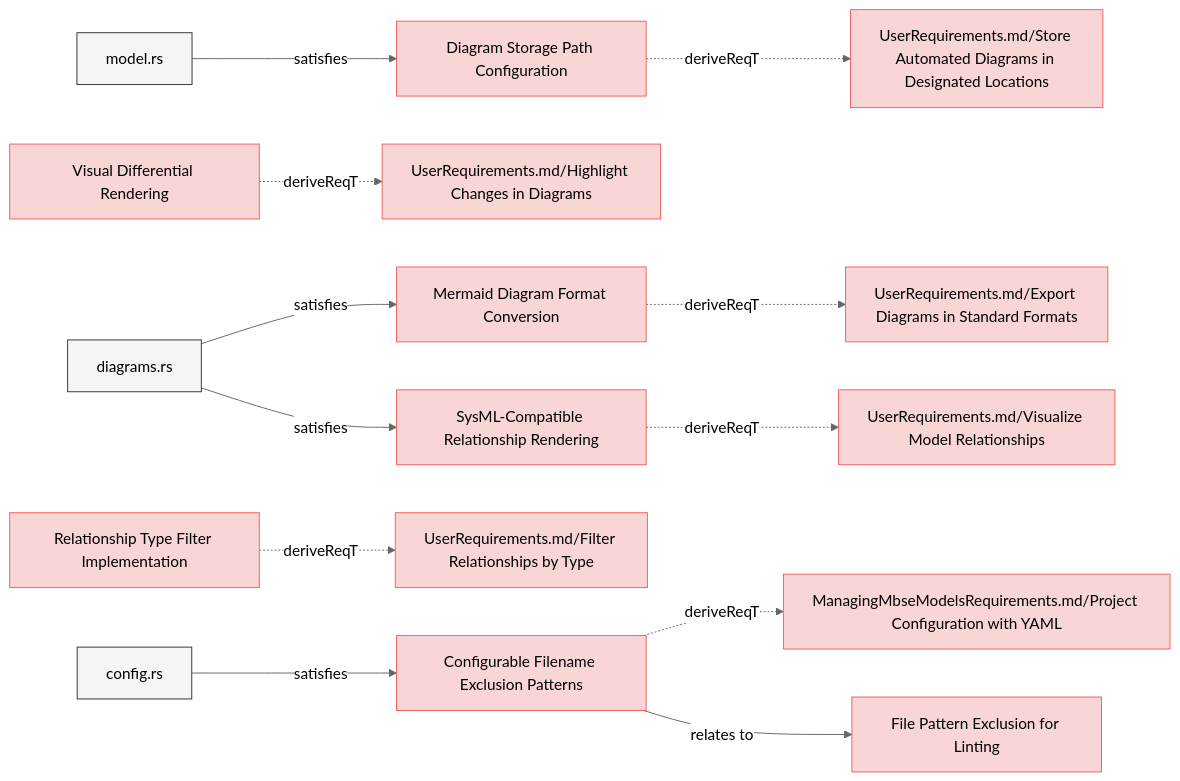
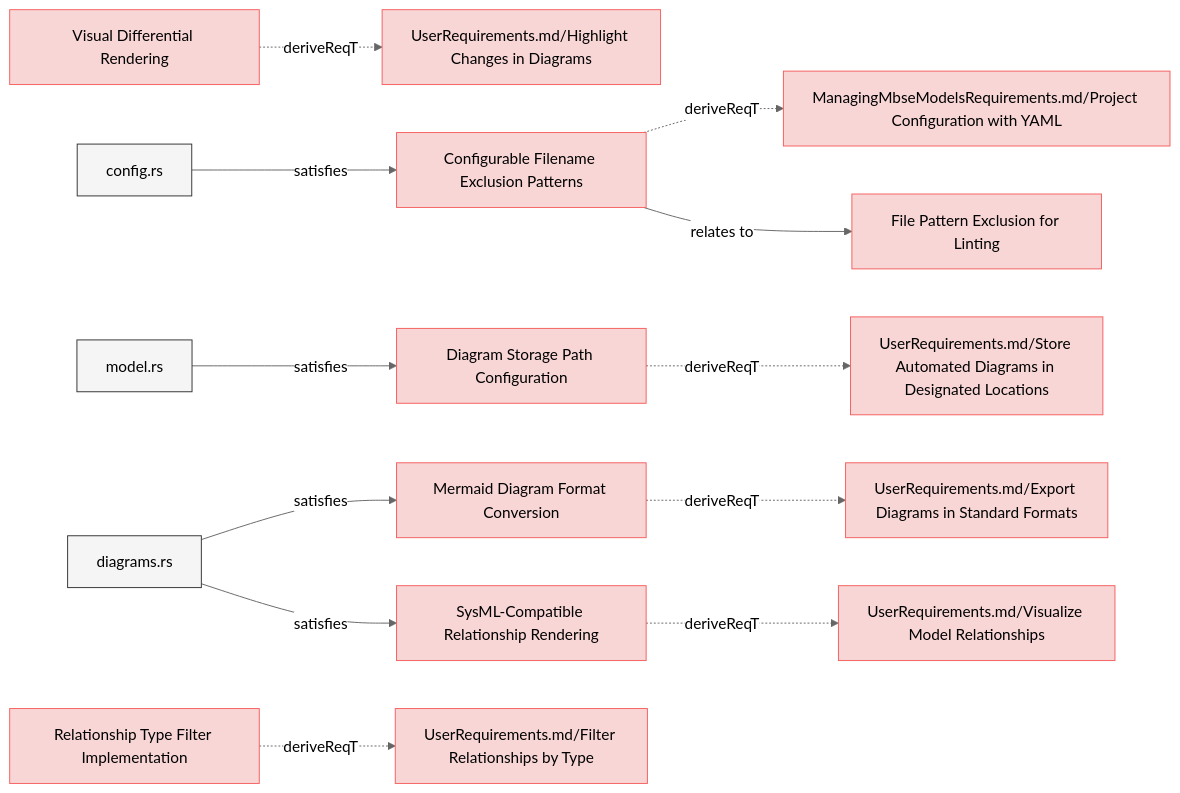
Before and after one commit to reqvire-org/reqvire: the fifth of 8 diagrams in specifications/SystemRequirements/Requirements.md, drawn with Mermaid (neutral theme). The commit also changed other lines of this file and 16 other files, not shown here.

````diff
--- a/specifications/SystemRequirements/Requirements.md
+++ b/specifications/SystemRequirements/Requirements.md
@@ -569,68 +569,68 @@
 ```mermaid
 graph LR;
   %% Graph styling
   classDef requirement fill:#f9d6d6,stroke:#f55f5f,stroke-width:1px;
   classDef verification fill:#d6f9d6,stroke:#5fd75f,stroke-width:1px;
   classDef externalLink fill:#d0e0ff,stroke:#3080ff,stroke-width:1px;
   classDef default fill:#f5f5f5,stroke:#333333,stroke-width:1px;
 
+  9860815d52["Visual Differential Rendering"];
+  click 9860815d52 "Requirements.md#visual-differential-rendering";
+  class 9860815d52 requirement;
+  fd7388e379["UserRequirements.md/Highlight Changes in Diagrams"];
+  class fd7388e379 requirement;
+  click fd7388e379 "../UserRequirements.md#highlight-changes-in-diagrams";
+  9860815d52 -.->|deriveReqT| fd7388e379;
+  cc8128cae3["Configurable Filename Exclusion Patterns"];
+  click cc8128cae3 "Requirements.md#configurable-filename-exclusion-patterns";
+  class cc8128cae3 requirement;
+  ce24dbacb9["ManagingMbseModelsRequirements.md/Project Configuration with YAML"];
+  class ce24dbacb9 requirement;
+  click ce24dbacb9 "../ManagingMbseModelsRequirements.md#project-configuration-with-yaml";
+  cc8128cae3 -.->|deriveReqT| ce24dbacb9;
+  c87fb8d32a["config.rs"];
+  class c87fb8d32a default;
+  click c87fb8d32a "../../cli/src/config.rs";
+  c87fb8d32a -->|satisfies| cc8128cae3;
+  45770e9b31["File Pattern Exclusion for Linting"];
+  class 45770e9b31 requirement;
+  click 45770e9b31 "Requirements.md#file-pattern-exclusion-for-linting";
+  cc8128cae3 -->|relates to| 45770e9b31;
   191d27287e["Diagram Storage Path Configuration"];
   click 191d27287e "Requirements.md#diagram-storage-path-configuration";
   class 191d27287e requirement;
   aee397f35b["UserRequirements.md/Store Automated Diagrams in Designated Locations"];
   class aee397f35b requirement;
   click aee397f35b "../UserRequirements.md#store-automated-diagrams-in-designated-locations";
   191d27287e -.->|deriveReqT| aee397f35b;
   6136c216c9["model.rs"];
   class 6136c216c9 default;
   click 6136c216c9 "../../core/src/model.rs";
   6136c216c9 -->|satisfies| 191d27287e;
   a7ec66314a["Mermaid Diagram Format Conversion"];
   click a7ec66314a "Requirements.md#mermaid-diagram-format-conversion";
   class a7ec66314a requirement;
   10c00a1bd1["UserRequirements.md/Export Diagrams in Standard Formats"];
   class 10c00a1bd1 requirement;
   click 10c00a1bd1 "../UserRequirements.md#export-diagrams-in-standard-formats";
   a7ec66314a -.->|deriveReqT| 10c00a1bd1;
   d4240e2969["diagrams.rs"];
   class d4240e2969 default;
   click d4240e2969 "../../core/src/diagrams.rs";
   d4240e2969 -->|satisfies| a7ec66314a;
-  9860815d52["Visual Differential Rendering"];
-  click 9860815d52 "Requirements.md#visual-differential-rendering";
-  class 9860815d52 requirement;
-  fd7388e379["UserRequirements.md/Highlight Changes in Diagrams"];
-  class fd7388e379 requirement;
-  click fd7388e379 "../UserRequirements.md#highlight-changes-in-diagrams";
-  9860815d52 -.->|deriveReqT| fd7388e379;
   1414e7f889["Relationship Type Filter Implementation"];
   click 1414e7f889 "Requirements.md#relationship-type-filter-implementation";
   class 1414e7f889 requirement;
   30d97803eb["UserRequirements.md/Filter Relationships by Type"];
   class 30d97803eb requirement;
   click 30d97803eb "../UserRequirements.md#filter-relationships-by-type";
   1414e7f889 -.->|deriveReqT| 30d97803eb;
-  cc8128cae3["Configurable Filename Exclusion Patterns"];
-  click cc8128cae3 "Requirements.md#configurable-filename-exclusion-patterns";
-  class cc8128cae3 requirement;
-  ce24dbacb9["ManagingMbseModelsRequirements.md/Project Configuration with YAML"];
-  class ce24dbacb9 requirement;
-  click ce24dbacb9 "../ManagingMbseModelsRequirements.md#project-configuration-with-yaml";
-  cc8128cae3 -.->|deriveReqT| ce24dbacb9;
-  c87fb8d32a["config.rs"];
-  class c87fb8d32a default;
-  click c87fb8d32a "../../cli/src/config.rs";
-  c87fb8d32a -->|satisfies| cc8128cae3;
-  45770e9b31["File Pattern Exclusion for Linting"];
-  class 45770e9b31 requirement;
-  click 45770e9b31 "Requirements.md#file-pattern-exclusion-for-linting";
-  cc8128cae3 -->|relates to| 45770e9b31;
   c826c1ee7c["SysML-Compatible Relationship Rendering"];
   click c826c1ee7c "Requirements.md#sysml-compatible-relationship-rendering";
   class c826c1ee7c requirement;
   a6a8362836["UserRequirements.md/Visualize Model Relationships"];
   class a6a8362836 requirement;
   click a6a8362836 "../UserRequirements.md#visualize-model-relationships";
   c826c1ee7c -.->|deriveReqT| a6a8362836;
   d4240e2969 -->|satisfies| c826c1ee7c;
 ```
````
